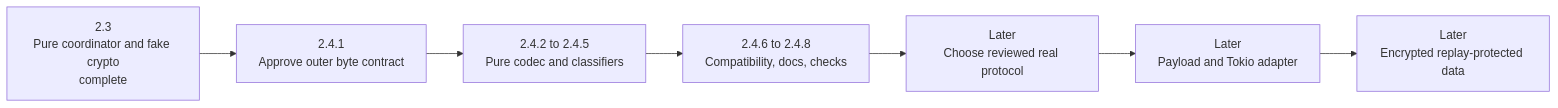
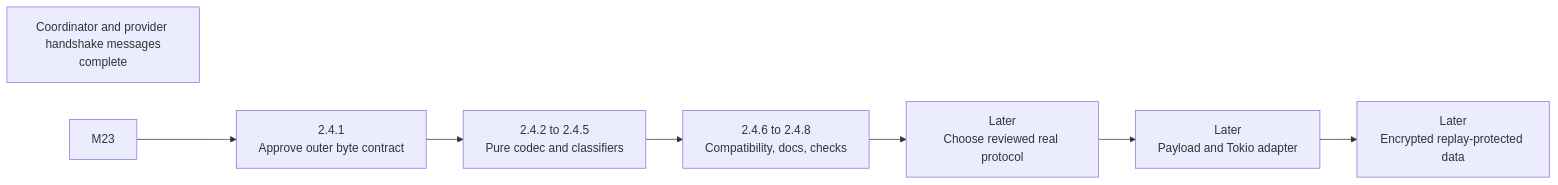
Before and after one commit to thiennguyen56/crabnet: the sixth of 6 diagrams in docs/handshake-framing-design.md, drawn with Mermaid. The commit also changed other lines of this file and 11 other files, not shown here.

````diff
--- a/docs/handshake-framing-design.md
+++ b/docs/handshake-framing-design.md
@@ -259,12 +259,12 @@
 ```mermaid
 flowchart LR
-    M23[2.3<br/>Pure coordinator and fake crypto<br/>complete]
+    Handshake[Coordinator and provider handshake messages<br/>complete]
     M241[2.4.1<br/>Approve outer byte contract]
     M242[2.4.2 to 2.4.5<br/>Pure codec and classifiers]
     M246[2.4.6 to 2.4.8<br/>Compatibility, docs, checks]
     Real[Later<br/>Choose reviewed real protocol]
     Adapter[Later<br/>Payload and Tokio adapter]
     Data[Later<br/>Encrypted replay-protected data]
 
     M23 --> M241 --> M242 --> M246 --> Real --> Adapter --> Data
 ```
````
